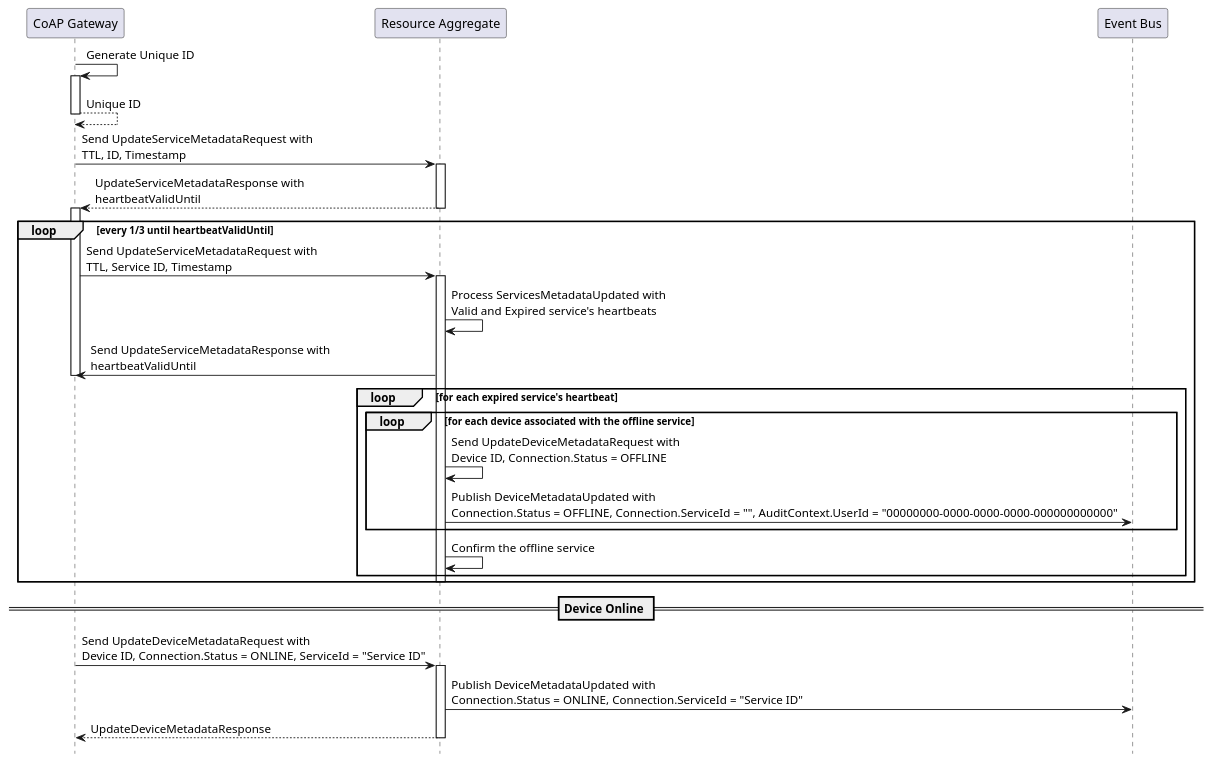
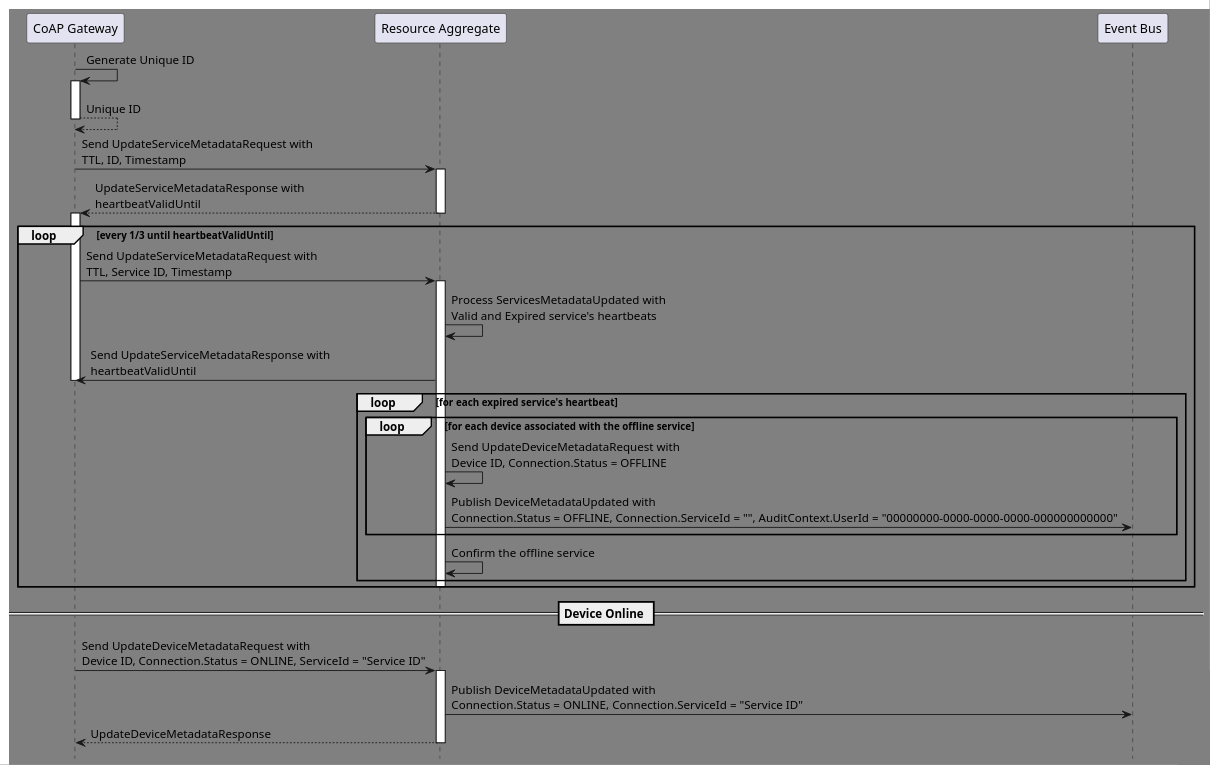
The diagram in content/en/docs/features/monitoring-and-diagnostics/monitoring-device-connectivity.md (plgd-dev/doc), drawn with PlantUML before and after one commit. The commit also changed 30 other files, not shown here.

```diff
--- a/content/en/docs/features/monitoring-and-diagnostics/monitoring-device-connectivity.md
+++ b/content/en/docs/features/monitoring-and-diagnostics/monitoring-device-connectivity.md
@@ -32,37 +32,37 @@
 {{< plantuml id="update-services-metadata" >}}
 @startuml Sequence
-skinparam backgroundColor transparent
+skinparam backgroundColor grey
 hide footbox
 
 participant CoAPGateway as "CoAP Gateway"
 participant ResourceAggregate as "Resource Aggregate"
 participant EventBus as "Event Bus"
 
 CoAPGateway -> CoAPGateway++: Generate Unique ID
 return Unique ID
 CoAPGateway -> ResourceAggregate++: Send UpdateServiceMetadataRequest with\nTTL, ID, Timestamp
 return UpdateServiceMetadataResponse with\nheartbeatValidUntil
 activate CoAPGateway
 loop every 1/3 until heartbeatValidUntil
    CoAPGateway -> ResourceAggregate++: Send UpdateServiceMetadataRequest with\nTTL, Service ID, Timestamp
    ResourceAggregate -> ResourceAggregate: Process ServicesMetadataUpdated with\nValid and Expired service's heartbeats
    ResourceAggregate -> CoAPGateway: Send UpdateServiceMetadataResponse with\nheartbeatValidUntil
    deactivate CoAPGateway
    loop for each expired service's heartbeat
       loop for each device associated with the offline service
          ResourceAggregate -> ResourceAggregate: Send UpdateDeviceMetadataRequest with\nDevice ID, Connection.Status = OFFLINE
          ResourceAggregate -> EventBus: Publish DeviceMetadataUpdated with\nConnection.Status = OFFLINE, Connection.ServiceId = "", AuditContext.UserId = "00000000-0000-0000-0000-000000000000"
       end
       ResourceAggregate -> ResourceAggregate: Confirm the offline service
    end
    deactivate ResourceAggregate
 end
 
 == Device Online ==
 
 CoAPGateway -> ResourceAggregate++ : Send UpdateDeviceMetadataRequest with\nDevice ID, Connection.Status = ONLINE, ServiceId = "Service ID"
 ResourceAggregate -> EventBus: Publish DeviceMetadataUpdated with\nConnection.Status = ONLINE, Connection.ServiceId = "Service ID"
 return UpdateDeviceMetadataResponse
 
 @enduml
 {{< /plantuml >}}
```
